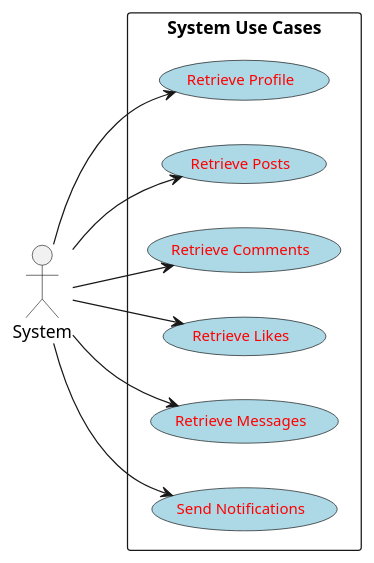
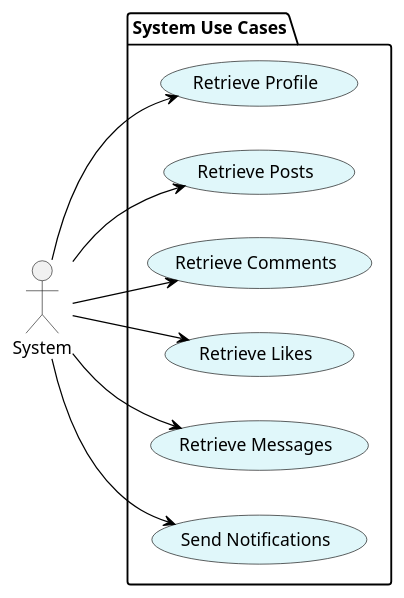
One commit to AndreeaDraghici/Android-Social-Media-Platform changed the diagram in app/sampledata/user_case_system_diagra,m.puml. Above: the diagram before and after it, drawn with PlantUML. The commit also changed 13 other files, not shown here.

```diff
--- a/app/sampledata/user_case_system_diagra,m.puml
+++ b/app/sampledata/user_case_system_diagra,m.puml
@@ -1,28 +1,26 @@
-@startuml SystemUseCases
+@startuml
 left to right direction
-
 skinparam usecase {
-   BackgroundColor LightBlue
-   FontSize 12
-   BorderColor Black
-   FontColor Red
+  BackgroundColor #E0F7FA
+  BorderColor Black
+  ArrowColor Black
 }
 
 actor System
 
-rectangle "System Use Cases" {
-  usecase "Retrieve Profile"       as UC4
-  usecase "Retrieve Posts"         as UC8
-  usecase "Retrieve Comments"      as UC12
-  usecase "Retrieve Likes"         as UC13
-  usecase "Retrieve Messages"      as UC21
-  usecase "Send Notifications"     as UC23
+package "System Use Cases" {
+  usecase "Retrieve Profile" as SYS1
+  usecase "Retrieve Posts" as SYS2
+  usecase "Retrieve Comments" as SYS3
+  usecase "Retrieve Likes" as SYS4
+  usecase "Retrieve Messages" as SYS5
+  usecase "Send Notifications" as SYS6
 }
 
-System --> UC4
-System --> UC8
-System --> UC12
-System --> UC13
-System --> UC21
-System --> UC23
+System --> SYS1
+System --> SYS2
+System --> SYS3
+System --> SYS4
+System --> SYS5
+System --> SYS6
 @enduml
```
